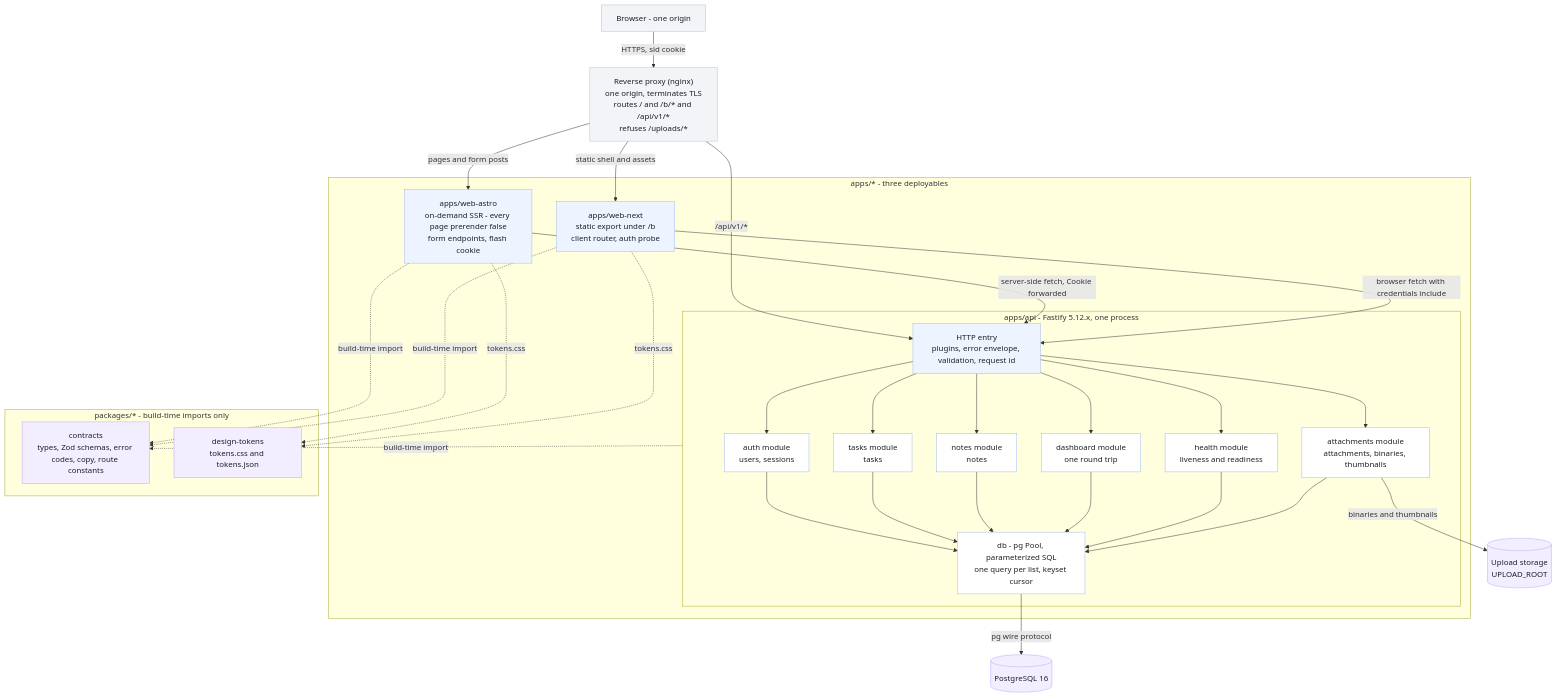
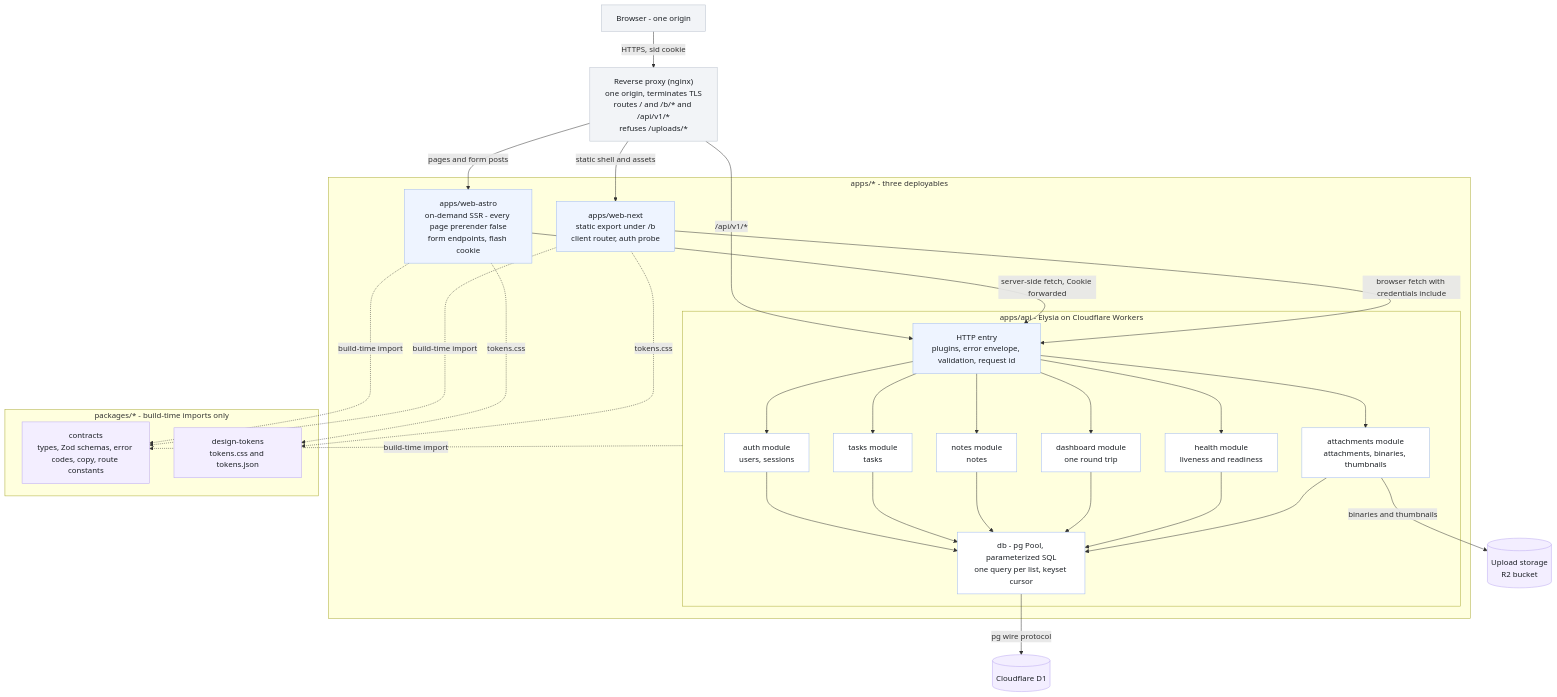
The diagram in design/diagrams/02-container-architecture.mmd (mhiqrambg/rweb-task-management), drawn with Mermaid before and after one commit. The commit also changed 6 other files, not shown here.

First line of the commit message:
docs(design): relabel architecture diagrams to Elysia + Cloudflare D1

```diff
--- a/design/diagrams/02-container-architecture.mmd
+++ b/design/diagrams/02-container-architecture.mmd
@@ -1,66 +1,66 @@
 %% 02 — Container / component view
 %% Sources: .planning/03-system-architecture.md §2, §2.1; 04 ADR-01, ADR-03, ADR-05, ADR-09, ADR-12, ADR-15
 flowchart TB
   Browser["Browser - one origin"]
 
   Proxy["Reverse proxy (nginx)<br>one origin, terminates TLS<br>routes / and /b/* and /api/v1/*<br>refuses /uploads/*"]
 
   subgraph Apps["apps/* - three deployables"]
     Astro["apps/web-astro<br>on-demand SSR - every page prerender false<br>form endpoints, flash cookie"]
     Next["apps/web-next<br>static export under /b<br>client router, auth probe"]
-    subgraph ApiBox["apps/api - Fastify 5.12.x, one process"]
+    subgraph ApiBox["apps/api - Elysia on Cloudflare Workers"]
       Edge["HTTP entry<br>plugins, error envelope, validation, request id"]
       Auth["auth module<br>users, sessions"]
       Tasks["tasks module<br>tasks"]
       Notes["notes module<br>notes"]
       Dashboard["dashboard module<br>one round trip"]
       Health["health module<br>liveness and readiness"]
       Att["attachments module<br>attachments, binaries, thumbnails"]
       Db["db - pg Pool, parameterized SQL<br>one query per list, keyset cursor"]
     end
   end
 
   subgraph Pkgs["packages/* - build-time imports only"]
     Contracts["contracts<br>types, Zod schemas, error codes, copy, route constants"]
     Tokens["design-tokens<br>tokens.css and tokens.json"]
   end
 
-  Pg[("PostgreSQL 16")]
-  Store[("Upload storage<br>UPLOAD_ROOT")]
+  Pg[("Cloudflare D1")]
+  Store[("Upload storage<br>R2 bucket")]
 
   Browser -->|"HTTPS, sid cookie"| Proxy
   Proxy -->|"pages and form posts"| Astro
   Proxy -->|"static shell and assets"| Next
   Proxy -->|"/api/v1/*"| Edge
   Astro -->|"server-side fetch, Cookie forwarded"| Edge
   Next -->|"browser fetch with credentials include"| Edge
   Edge --> Auth
   Edge --> Tasks
   Edge --> Notes
   Edge --> Dashboard
   Edge --> Health
   Edge --> Att
   Auth --> Db
   Tasks --> Db
   Notes --> Db
   Dashboard --> Db
   Health --> Db
   Att --> Db
   Att -->|"binaries and thumbnails"| Store
   Db -->|"pg wire protocol"| Pg
   Astro -.->|"build-time import"| Contracts
   Next -.->|"build-time import"| Contracts
   ApiBox -.->|"build-time import"| Contracts
   Astro -.->|"tokens.css"| Tokens
   Next -.->|"tokens.css"| Tokens
 
   classDef app fill:#EEF4FF,stroke:#9DB8F2,color:#1B1F24
   classDef module fill:#FFFFFF,stroke:#9DB8F2,color:#1B1F24
   classDef store fill:#F3EEFF,stroke:#B9A6F0,color:#1B1F24
   classDef shared fill:#F3EEFF,stroke:#B9A6F0,color:#1B1F24
   classDef ext fill:#F2F4F7,stroke:#B8C0CC,color:#1B1F24
   class Astro,Next,Edge app
   class Auth,Tasks,Notes,Dashboard,Health,Att,Db module
   class Pg,Store store
   class Contracts,Tokens shared
   class Browser,Proxy ext
```
